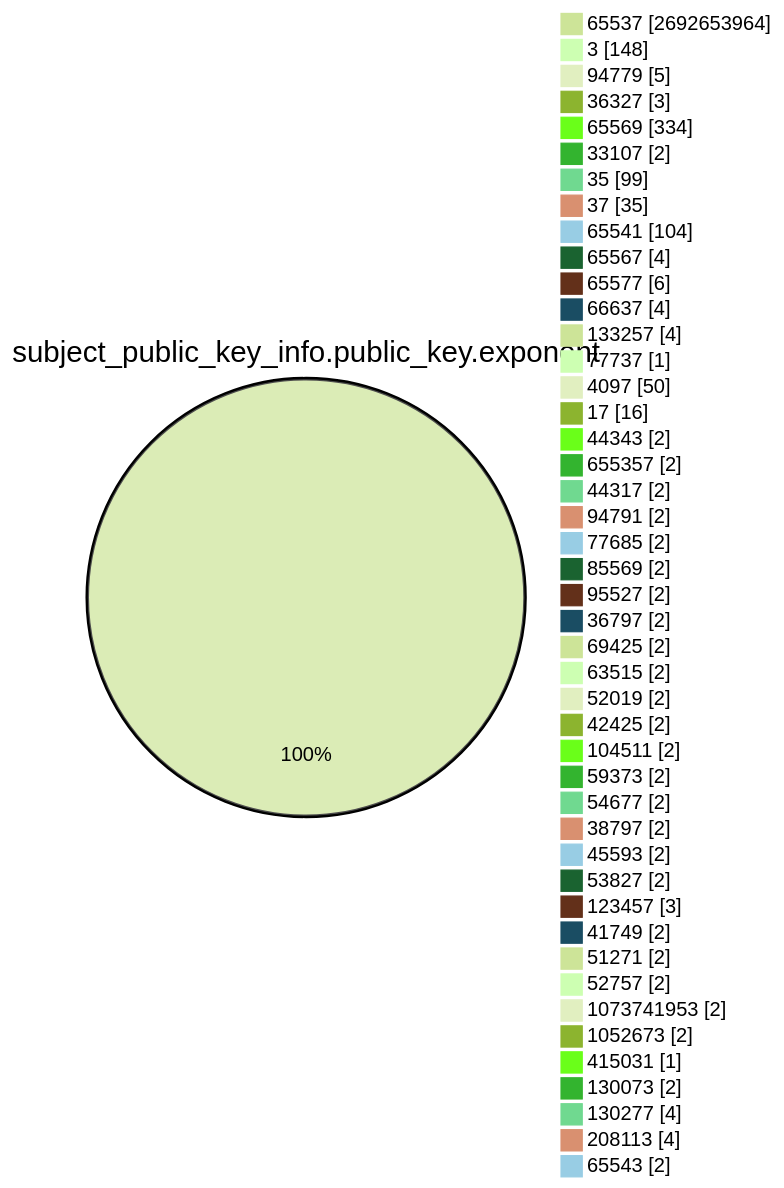
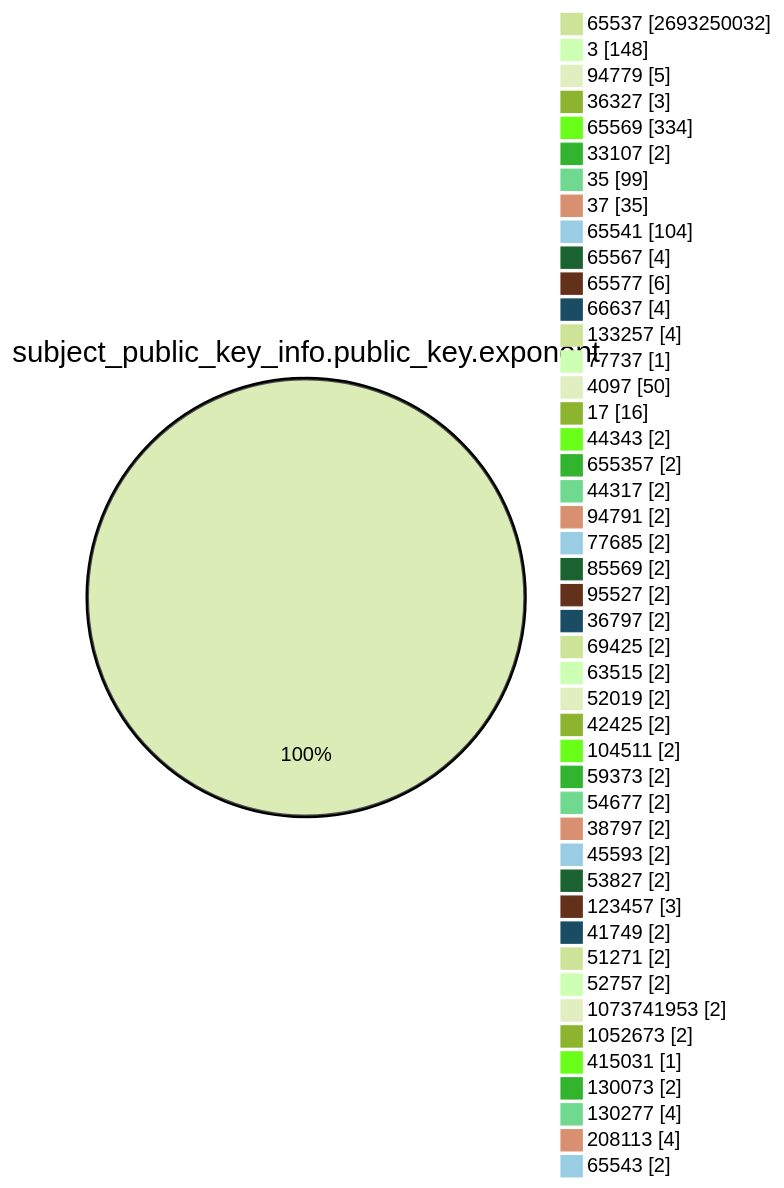
The fourth of 15 diagrams in TOTAL/README.md (christiankrug/ctmonitor_visualization), drawn with Mermaid (forest theme) before and after one commit. The commit also changed other lines of this file, not shown here.

````diff
--- a/TOTAL/README.md
+++ b/TOTAL/README.md
@@ -1467,49 +1467,49 @@
 ```mermaid
 pie showData
 title subject_public_key_info.public_key.exponent
-"65537" :2692653964
+"65537" :2693250032
 "3" :148
 "94779" :5
 "36327" :3
 "65569" :334
 "33107" :2
 "35" :99
 "37" :35
 "65541" :104
 "65567" :4
 "65577" :6
 "66637" :4
 "133257" :4
 "77737" :1
 "4097" :50
 "17" :16
 "44343" :2
 "655357" :2
 "44317" :2
 "94791" :2
 "77685" :2
 "85569" :2
 "95527" :2
 "36797" :2
 "69425" :2
 "63515" :2
 "52019" :2
 "42425" :2
 "104511" :2
 "59373" :2
 "54677" :2
 "38797" :2
 "45593" :2
 "53827" :2
 "123457" :3
 "41749" :2
 "51271" :2
 "52757" :2
 "1073741953" :2
 "1052673" :2
 "415031" :1
 "130073" :2
 "130277" :4
 "208113" :4
 "65543" :2
 ```
````
